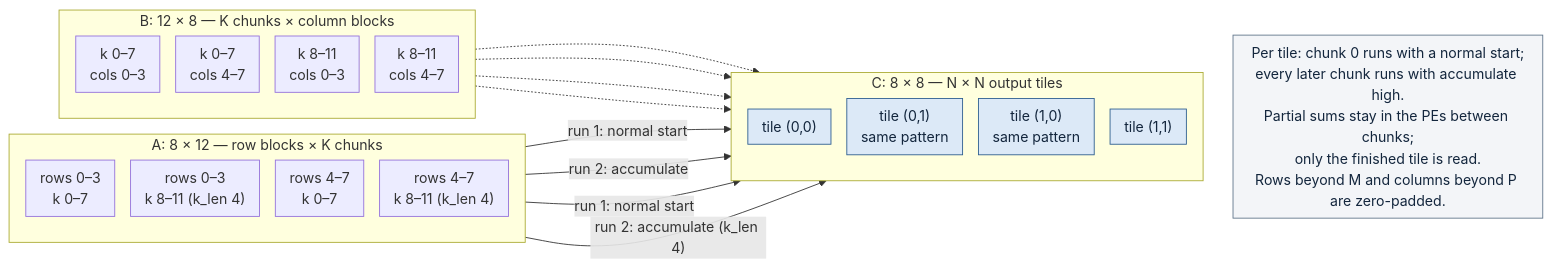
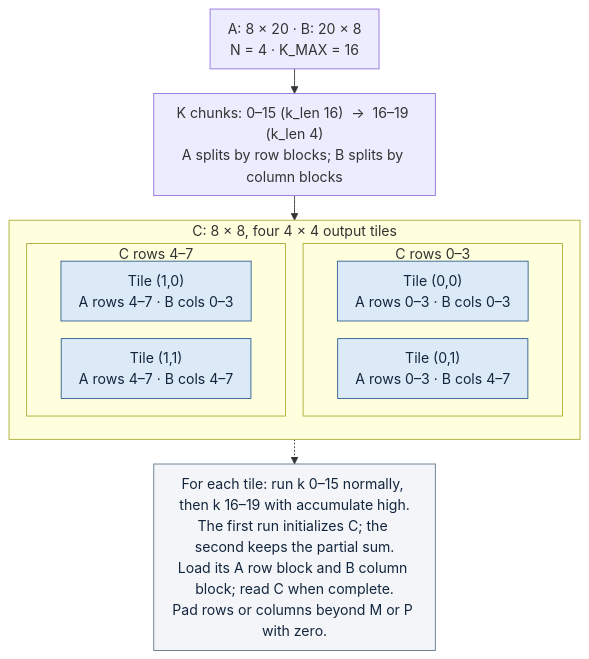
The diagram in docs/architecture/src/tiling.mmd (vks-g/systolic-matmul-accelerator), drawn with Mermaid before and after one commit. The commit also changed 15 other files, not shown here.

Commit message:
docs(architecture): address diagram review feedback

```diff
--- a/docs/architecture/src/tiling.mmd
+++ b/docs/architecture/src/tiling.mmd
@@ -1,48 +1,37 @@
 ---
 config:
   flowchart:
-    nodeSpacing: 18
-    rankSpacing: 34
-    padding: 8
-    wrappingWidth: 320
+    nodeSpacing: 20
+    rankSpacing: 28
+    padding: 10
+    wrappingWidth: 280
 ---
-flowchart LR
-  accTitle: Tiling a product larger than the array into output tiles and K chunks
-  accDescr: C, 8 by 8, splits into four N by N output tiles. The inner dimension K = 12 splits into chunks of K_MAX = 8 and 4. Each tile takes one normal run per first chunk and one accumulate run per later chunk. Example: tile C11 needs run 1 on A rows 4 to 7, k 0 to 7 and B k 0 to 7, columns 4 to 7 with a normal start, then run 2 on the k 8 to 11 chunk with accumulate high and k_len 4.
+flowchart TB
+  accTitle: Tiling an 8 by 20 times 20 by 8 product on a 4 by 4 array
+  accDescr: The output C is four 4 by 4 tiles. Each output tile uses the matching four A rows and four B columns. For each tile, run once with k 0 through 15 and accumulate low, then run with k 16 through 19, k_len 4, and accumulate high. The first run clears the partial sum; the second adds to it.
 
-  subgraph GA["A: 8 × 12 — row blocks × K chunks"]
+  product["A: 8 × 20  ·  B: 20 × 8<br/>N = 4  ·  K_MAX = 16"]
+  split["K chunks: 0–15 (k_len 16)  →  16–19 (k_len 4)<br/>A splits by row blocks; B splits by column blocks"]
+  product --> split
+
+  subgraph outputs["C: 8 × 8, four 4 × 4 output tiles"]
     direction TB
-    A0["rows 0–3<br/>k 0–7"]
-    A1["rows 0–3<br/>k 8–11 (k_len 4)"]
-    A2["rows 4–7<br/>k 0–7"]
-    A3["rows 4–7<br/>k 8–11 (k_len 4)"]
+    subgraph row0["C rows 0–3"]
+      direction LR
+      c00["Tile (0,0)<br/>A rows 0–3 · B cols 0–3"]
+      c01["Tile (0,1)<br/>A rows 0–3 · B cols 4–7"]
+    end
+    subgraph row1["C rows 4–7"]
+      direction LR
+      c10["Tile (1,0)<br/>A rows 4–7 · B cols 0–3"]
+      c11["Tile (1,1)<br/>A rows 4–7 · B cols 4–7"]
+    end
   end
-  subgraph GB["B: 12 × 8 — K chunks × column blocks"]
-    direction TB
-    B0["k 0–7<br/>cols 0–3"]
-    B1["k 0–7<br/>cols 4–7"]
-    B2["k 8–11<br/>cols 0–3"]
-    B3["k 8–11<br/>cols 4–7"]
-  end
-  subgraph GC["C: 8 × 8 — N × N output tiles"]
-    direction TB
-    C00["tile (0,0)"]
-    C01["tile (0,1)<br/>same pattern"]
-    C10["tile (1,0)<br/>same pattern"]
-    C11["tile (1,1)"]
-  end
-  A0 -->|"run 1: normal start"| C00
-  A1 -->|"run 2: accumulate"| C00
-  B0 -.-> C00
-  B2 -.-> C00
-  A2 -->|"run 1: normal start"| C11
-  A3 -->|"run 2: accumulate (k_len 4)"| C11
-  B1 -.-> C11
-  B3 -.-> C11
+  split --> outputs
+  note["For each tile: run k 0–15 normally, then k 16–19 with accumulate high.<br/>The first run initializes C; the second keeps the partial sum.<br/>Load its A row block and B column block; read C when complete.<br/>Pad rows or columns beyond M or P with zero."]
+  outputs -.-> note
 
-  note1["Per tile: chunk 0 runs with a normal start;<br/>every later chunk runs with accumulate high.<br/>Partial sums stay in the PEs between chunks;<br/>only the finished tile is read.<br/>Rows beyond M and columns beyond P are zero-padded."]
-  GC ~~~ note1
   classDef tile fill:#dce9f7,stroke:#2c5d8f,color:#13263d
   classDef note fill:#f3f5f8,stroke:#60758b,color:#13263d
-  class C00,C01,C10,C11 tile
-  class note1 note
+  class c00,c01,c10,c11 tile
+  class note note
```
